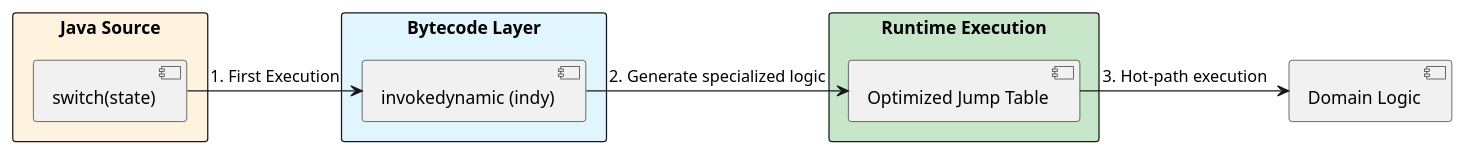
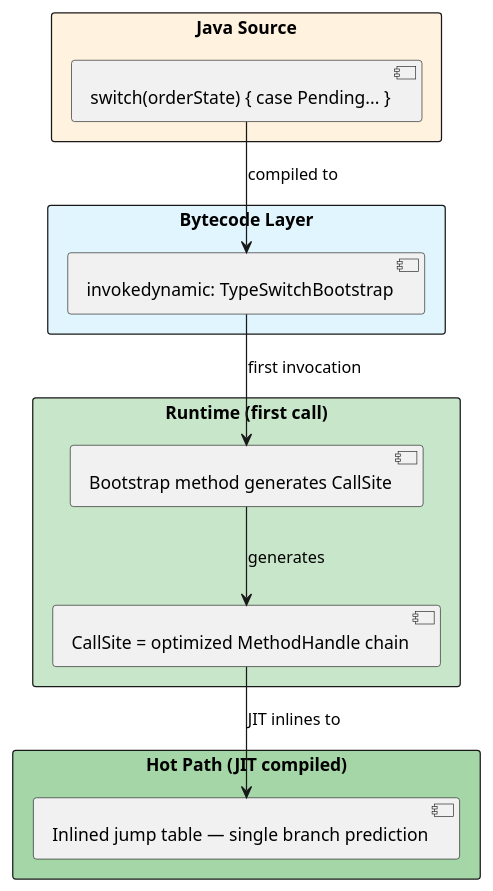
The diagram in Chapter_01_Core_Java/02_Modern_Language_Paradigms.md (Qunfong/Developtment_learning), drawn with PlantUML before and after one commit. The commit also changed other lines of this file and 99 other files, not shown here.

````diff
--- a/Chapter_01_Core_Java/02_Modern_Language_Paradigms.md
+++ b/Chapter_01_Core_Java/02_Modern_Language_Paradigms.md
@@ -61,23 +68,26 @@
 ```plantuml
 @startuml
 skinparam shadowing false
 skinparam packageStyle rectangle
 skinparam defaultFontName sans-serif
 
 rectangle "Java Source" #fff3e0 {
-  [switch(state)] as SW
+  [switch(orderState) { case Pending... }] as SW
+}
+rectangle "Bytecode Layer" #e1f5fe {
+  [invokedynamic: TypeSwitchBootstrap] as INDY
+}
+rectangle "Runtime (first call)" #c8e6c9 {
+  [Bootstrap method generates CallSite] as BS
+  [CallSite = optimized MethodHandle chain] as CS
+}
+rectangle "Hot Path (JIT compiled)" #a5d6a7 {
+  [Inlined jump table — single branch prediction] as JT
 }
 
-rectangle "Bytecode Layer" #e1f5fe {
-  [invokedynamic (indy)] as INDY
-}
-
-rectangle "Runtime Execution" #c8e6c9 {
-  [Optimized Jump Table] as JT
-}
-
-SW -> INDY : 1. First Execution
-INDY -> JT : 2. Generate specialized logic
-JT -> [Domain Logic] : 3. Hot-path execution
+SW --> INDY : compiled to
+INDY --> BS : first invocation
+BS --> CS : generates
+CS --> JT : JIT inlines to
 @enduml
 ```
````
